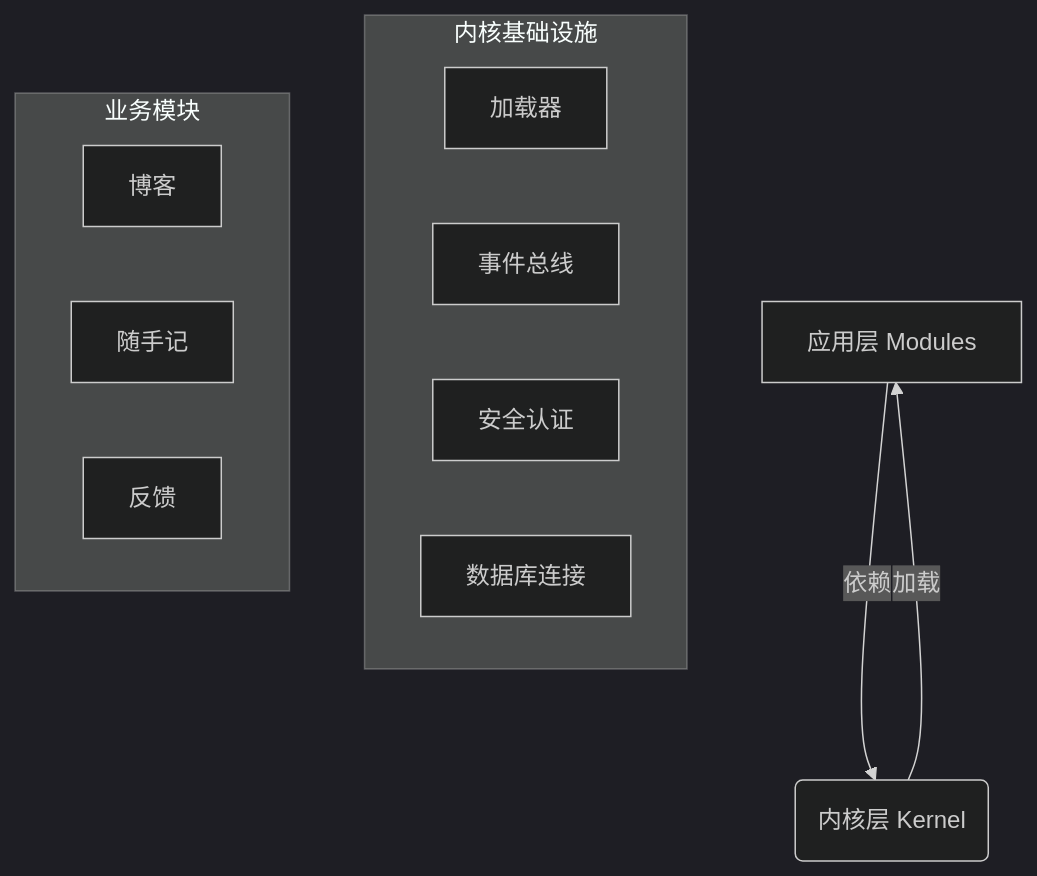
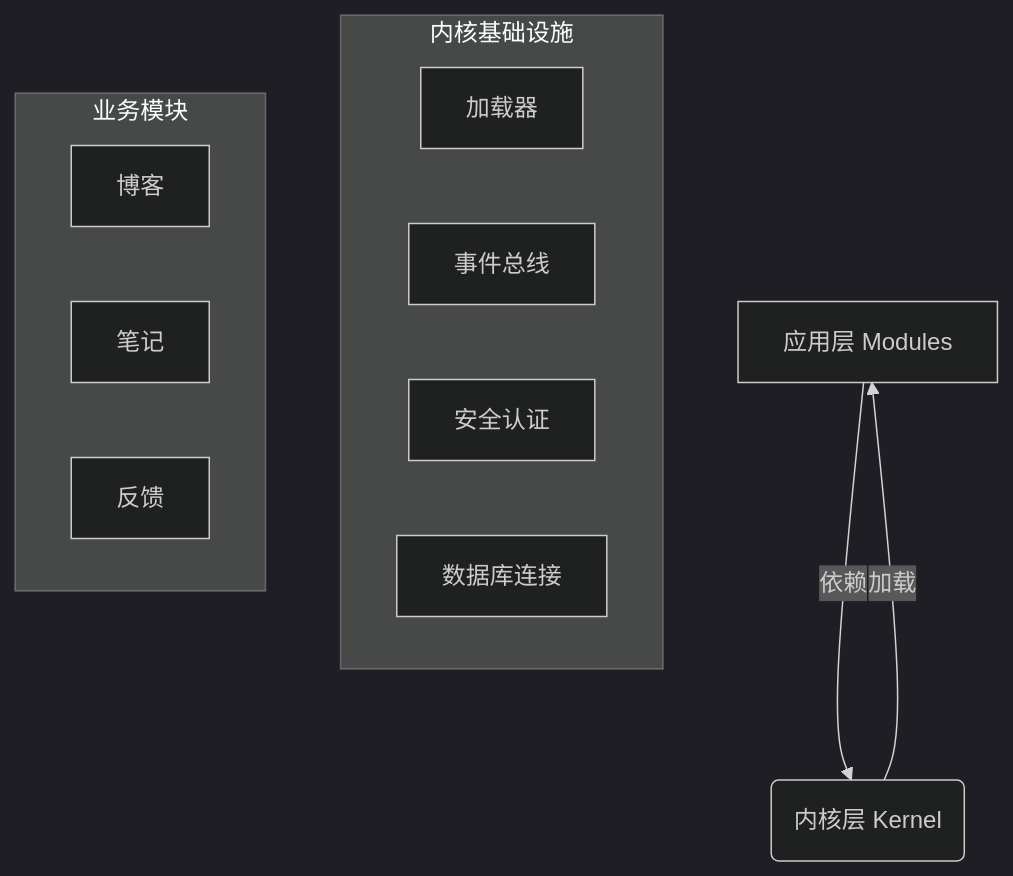
Before and after one commit to jeja2023/jeje_webos: the diagram in 开发规范.md, drawn with Mermaid (dark theme). The commit also changed 6 other files, not shown here.

````diff
--- a/开发规范.md
+++ b/开发规范.md
@@ -27,16 +27,16 @@
 ```mermaid
 graph TD
     A[应用层 Modules] -->|依赖| B(内核层 Kernel)
     B -->|加载| A
     subgraph Core[内核基础设施]
         Loader[加载器]
         EventBus[事件总线]
         Security[安全认证]
         Database[数据库连接]
     end
     subgraph Apps[业务模块]
         Blog[博客]
-        Notes[随手记]
+        Notes[笔记]
         Feedback[反馈]
     end
 ```
````
